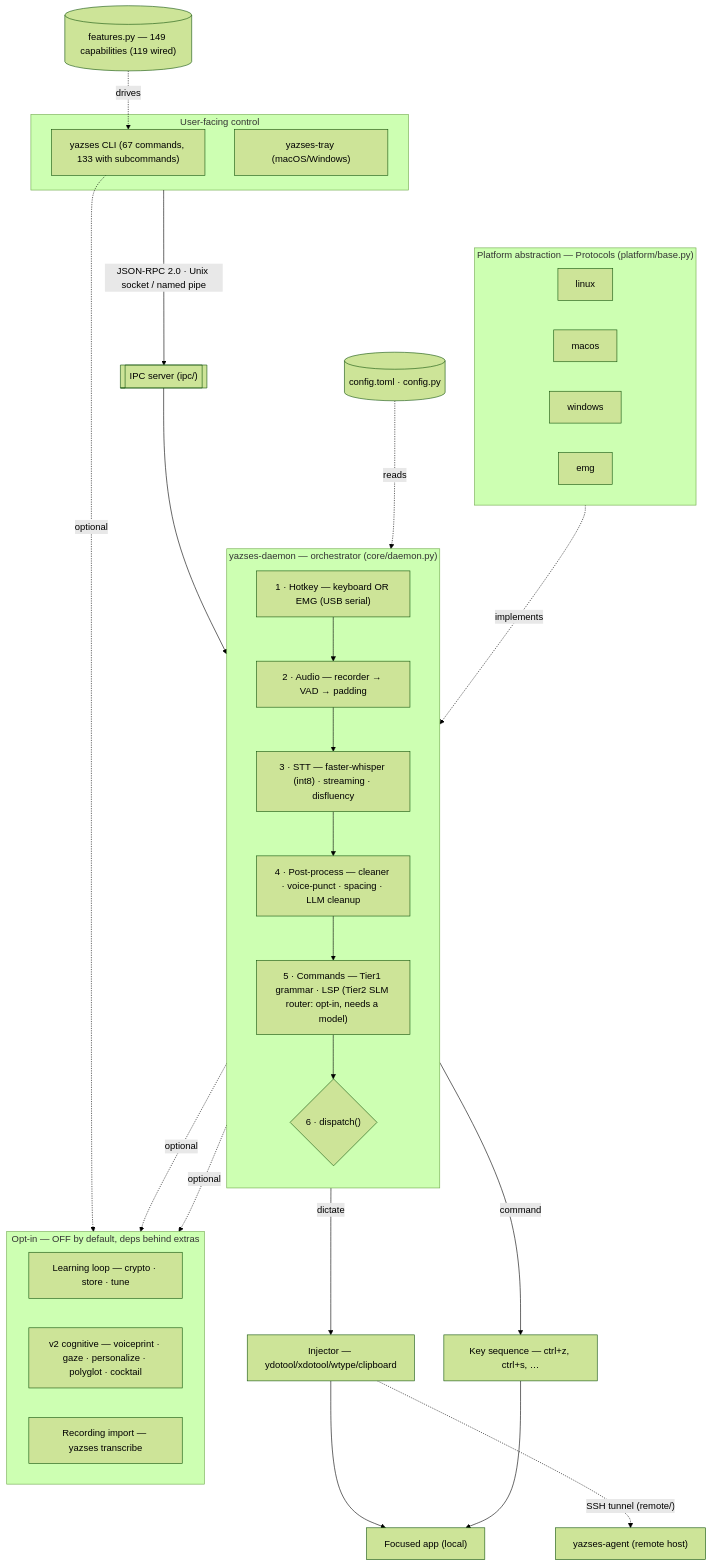
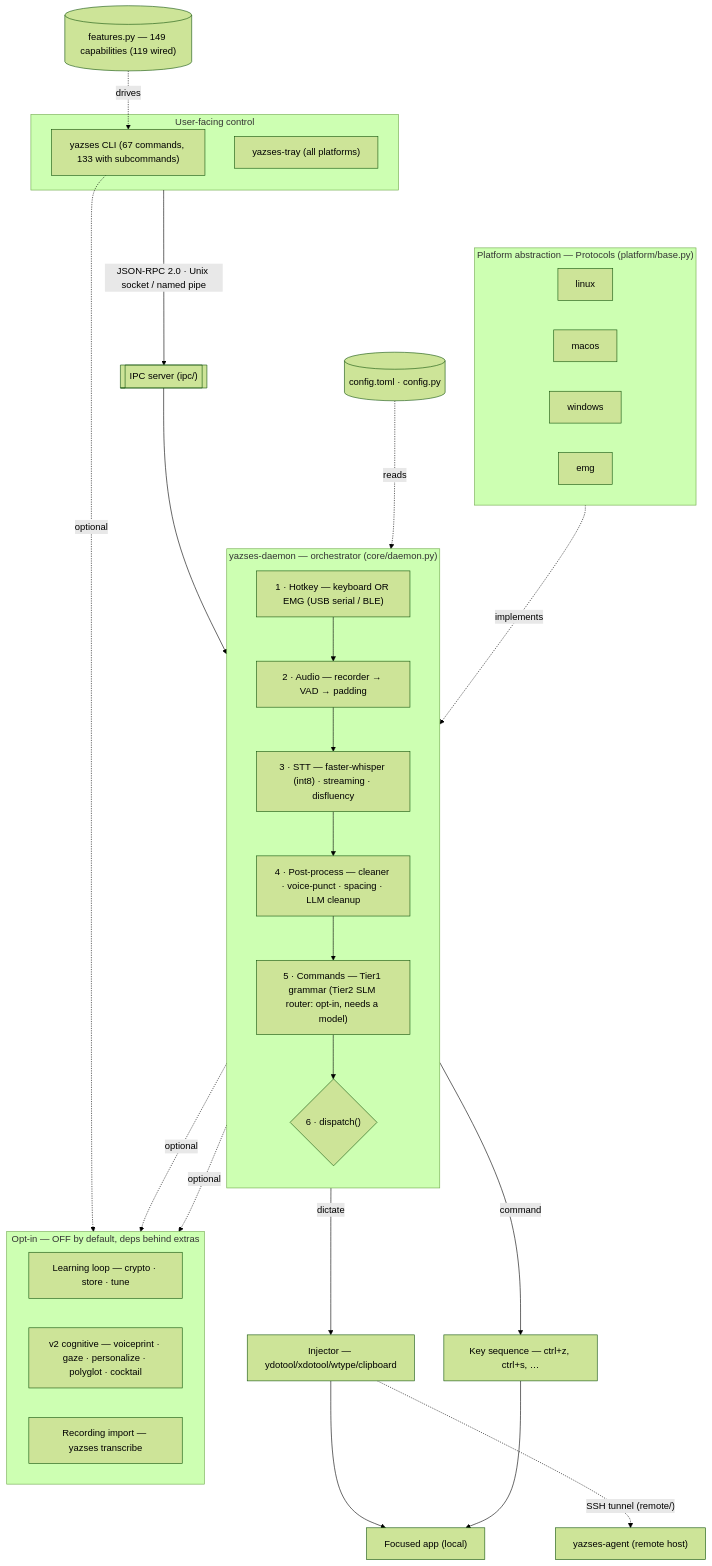
Before and after one commit to MSKazemi/yazses: the diagram in docs/diagrams/index.md, drawn with Mermaid (forest theme). The commit also changed 50 other files, not shown here.

````diff
--- a/docs/diagrams/index.md
+++ b/docs/diagrams/index.md
@@ -22,50 +22,50 @@
 ```mermaid
 flowchart TB
   subgraph UI["User-facing control"]
     CLI["yazses CLI (67 commands, 133 with subcommands)"]
-    TRAY["yazses-tray (macOS/Windows)"]
+    TRAY["yazses-tray (all platforms)"]
   end
   UI -->|"JSON-RPC 2.0 · Unix socket / named pipe"| IPC[["IPC server (ipc/)"]]
   IPC --> DAEMON
 
   subgraph DAEMON["yazses-daemon — orchestrator (core/daemon.py)"]
     direction TB
-    HK["1 · Hotkey — keyboard OR EMG (USB serial)"]
+    HK["1 · Hotkey — keyboard OR EMG (USB serial / BLE)"]
     AUD["2 · Audio — recorder → VAD → padding"]
     STT["3 · STT — faster-whisper (int8) · streaming · disfluency"]
     PP["4 · Post-process — cleaner · voice-punct · spacing · LLM cleanup"]
-    CMD["5 · Commands — Tier1 grammar · LSP (Tier2 SLM router: opt-in, needs a model)"]
+    CMD["5 · Commands — Tier1 grammar (Tier2 SLM router: opt-in, needs a model)"]
     DIS{"6 · dispatch()"}
     HK --> AUD --> STT --> PP --> CMD --> DIS
   end
 
   CFG[("config.toml · config.py")]
   FEAT[("features.py — 149 capabilities (119 wired)")]
   CFG -. reads .-> DAEMON
   FEAT -. drives .-> CLI
 
   DIS -->|dictate| INJ["Injector — ydotool/xdotool/wtype/clipboard"]
   DIS -->|command| KEYS["Key sequence — ctrl+z, ctrl+s, …"]
   INJ --> APP["Focused app (local)"]
   KEYS --> APP
   INJ -. "SSH tunnel (remote/)" .-> AGENT["yazses-agent (remote host)"]
 
   subgraph PLAT["Platform abstraction — Protocols (platform/base.py)"]
     direction LR
     LNX["linux"]
     MAC["macos"]
     WIN["windows"]
     EMG["emg"]
   end
   PLAT -. implements .-> DAEMON
 
   subgraph OPT["Opt-in — OFF by default, deps behind extras"]
     direction LR
     LEARN["Learning loop — crypto · store · tune"]
     V2["v2 cognitive — voiceprint · gaze · personalize · polyglot · cocktail"]
     RECIMP["Recording import — yazses transcribe"]
   end
   DAEMON -. optional .-> LEARN
   DAEMON -. optional .-> V2
   CLI -. optional .-> RECIMP
 ```
````
